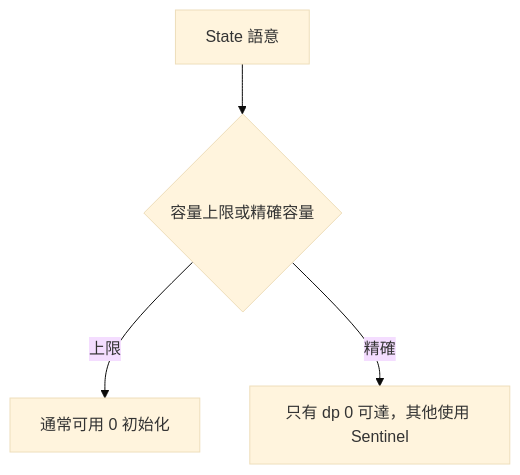
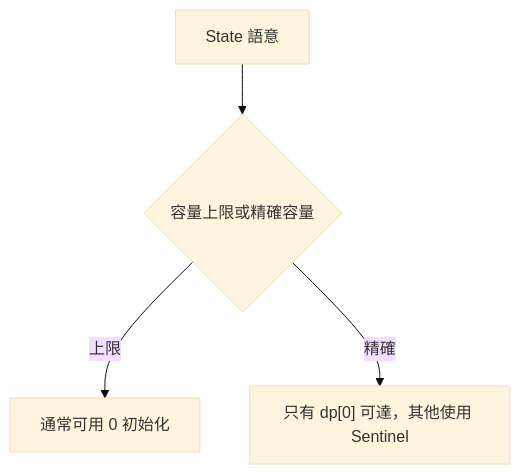
The ninth of 11 diagrams in 09_dynamic_programming/40_knapsack.md (davidchen0970/algorithm_note), drawn with Mermaid (base theme) before and after one commit. The commit also changed other lines of this file and 4 other files, not shown here.

````diff
--- a/09_dynamic_programming/40_knapsack.md
+++ b/09_dynamic_programming/40_knapsack.md
@@ -261,6 +535,6 @@
 ```mermaid
 flowchart TD
-    A[State 語意] --> B{容量上限或精確容量}
-    B -->|上限| C[通常可用 0 初始化]
-    B -->|精確| D[只有 dp 0 可達，其他使用 Sentinel]
+    A["State 語意"] --> B{"容量上限或精確容量"}
+    B -->|上限| C["通常可用 0 初始化"]
+    B -->|精確| D["只有 dp[0] 可達，其他使用 Sentinel"]
 ```
````
